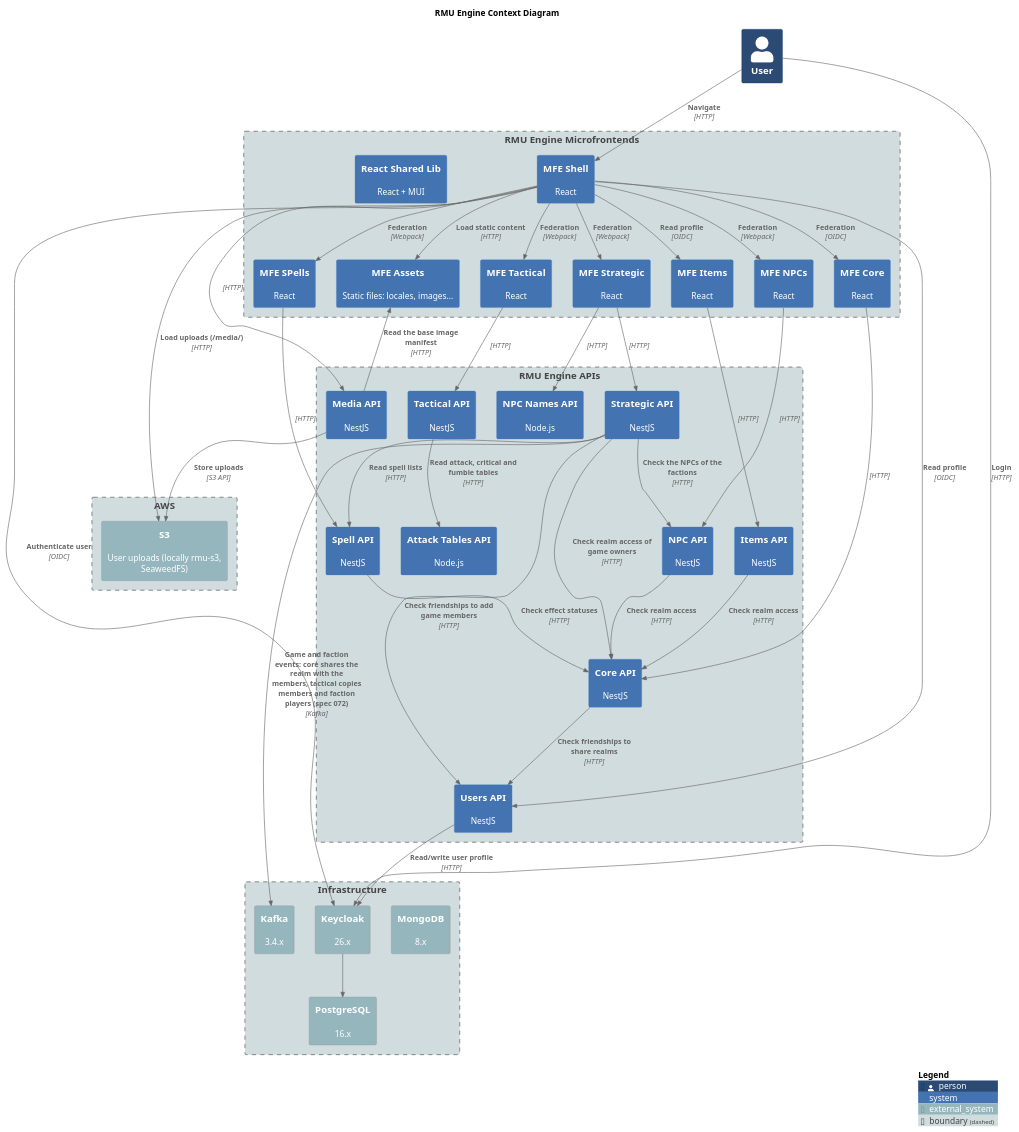
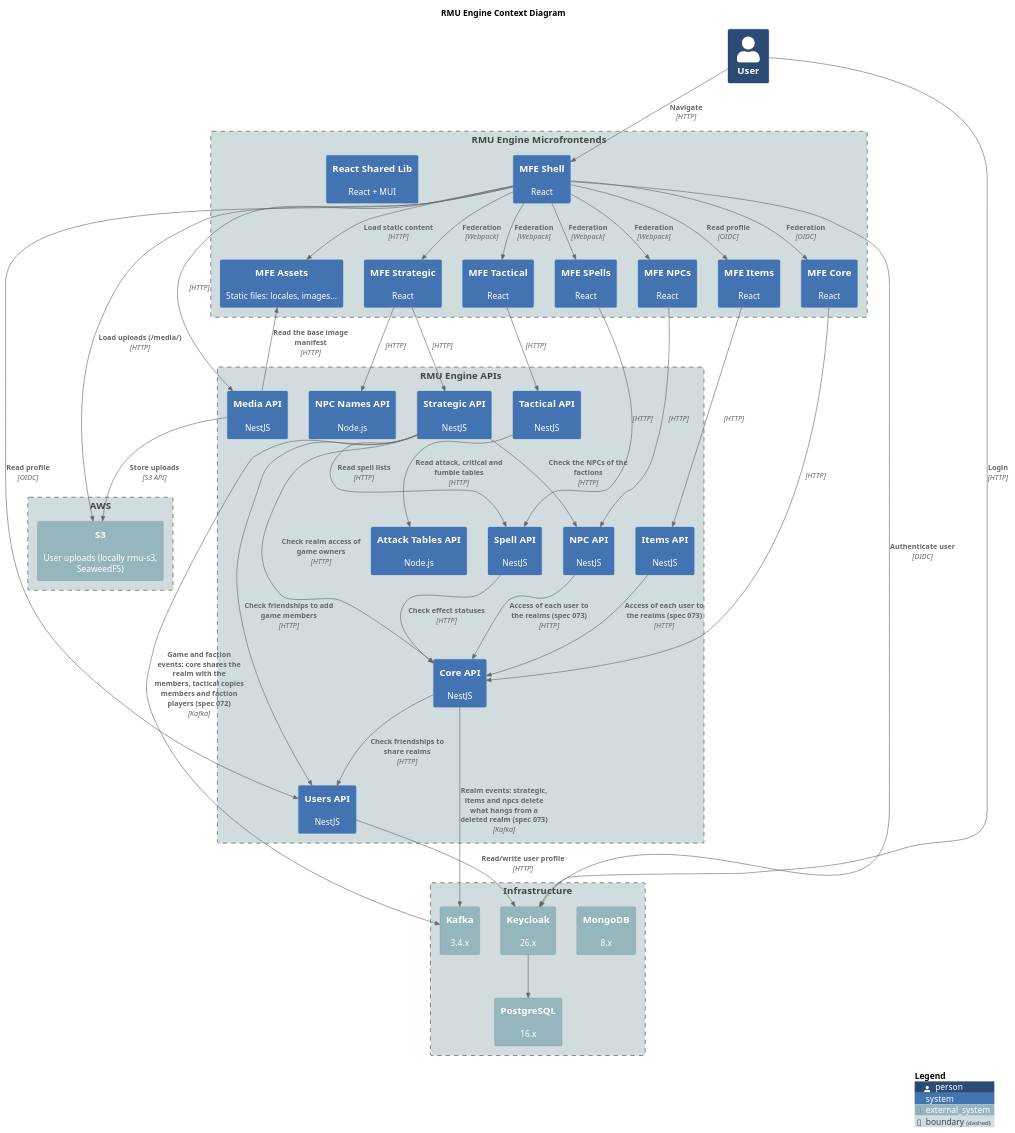
The diagram in docs/architecture/diagrams/c4-context.plantuml (labcabrera/rmu-platform), drawn with PlantUML before and after one commit.

Commit message:
docs: realm access calls and realm events in c4
Spec 073: items and npcs ask core for the access of each user to the realms and delete what
hangs from a deleted realm.

```diff
--- a/docs/architecture/diagrams/c4-context.plantuml
+++ b/docs/architecture/diagrams/c4-context.plantuml
@@ -1,102 +1,103 @@
 @startuml c4-context
 title RMU Engine Context Diagram
 
 !include https://raw.githubusercontent.com/plantuml-stdlib/C4-PlantUML/master/C4_Context.puml
 
 ' LAYOUT_LEFT_RIGHT()
 
 UpdateElementStyle(person, $bgColor="#2b4a74ff")
 UpdateElementStyle(system, $bgColor="#4373b1ff")
 UpdateElementStyle(external_system, $bgColor="#96b6beff")
 UpdateElementStyle(boundary, $bgColor="#d1dcdfff")
 
 Person(user, "User")
 
 Boundary(frontend, "RMU Engine Microfrontends") {
     System(rmu_mfe_shell, "MFE Shell", "React")
     System(rmu_mfe_core, "MFE Core", "React")
     System(rmu_mfe_strategic, "MFE Strategic", "React")
     System(rmu_mfe_tactical, "MFE Tactical", "React")
     System(rmu_mfe_items, "MFE Items", "React")
     System(rmu_mfe_npc, "MFE NPCs", "React")
     System(rmu_mfe_spells, "MFE SPells", "React")
     System(rmu_react_shared_lib, "React Shared Lib", "React + MUI")
     System(rmu_mfe_assets, "MFE Assets", "Static files: locales, images...")
 }
 
 Boundary(apis, "RMU Engine APIs") {
     System(rmu_api_users, "Users API", "NestJS")
     System(rmu_api_core, "Core API", "NestJS")
     System(rmu_api_strategic, "Strategic API", "NestJS")
     System(rmu_api_tactical, "Tactical API", "NestJS")
     System(rmu_api_npc, "NPC API", "NestJS")
     System(rmu_api_npc_names, "NPC Names API", "Node.js")
     System(rmu_api_spells, "Spell API", "NestJS")
     System(rmu_api_items, "Items API", "NestJS")
     System(rmu_api_attack_tables, "Attack Tables API", "Node.js")
     System(rmu_api_media, "Media API", "NestJS")
 }
 
 Boundary(infrastructure, "Infrastructure") {
     System_Ext(mongodb, "MongoDB", "8.x")
     System_Ext(keycloak, "Keycloak", "26.x")
     System_Ext(kafka, "Kafka", "3.4.x")
     System_Ext(postgresql, "PostgreSQL", "16.x")
 }
 
 Boundary(aws, "AWS") {
     System_Ext(s3, "S3", "User uploads (locally rmu-s3, SeaweedFS)")
 }
 
 Rel(user, rmu_mfe_shell, "Navigate", "HTTP")
 Rel(user, keycloak, "Login", "HTTP")
 
 Rel(rmu_mfe_shell, rmu_mfe_core, "Federation", "OIDC")
 Rel(rmu_mfe_shell, rmu_mfe_strategic, "Federation", "Webpack")
 Rel(rmu_mfe_shell, rmu_mfe_tactical, "Federation", "Webpack")
 Rel(rmu_mfe_shell, rmu_mfe_items, "Read profile", "OIDC")
 Rel(rmu_mfe_shell, rmu_mfe_npc, "Federation", "Webpack")
 Rel(rmu_mfe_shell, rmu_mfe_spells, "Federation", "Webpack")
 
 Rel(rmu_mfe_shell, rmu_api_users, "Read profile", "OIDC")
 Rel(rmu_mfe_shell, keycloak, "Authenticate user", "OIDC")
 Rel(rmu_mfe_shell, rmu_mfe_assets, "Load static content", "HTTP")
 Rel(rmu_mfe_shell, rmu_api_media, "", "HTTP")
 
 Rel(rmu_mfe_core, rmu_api_core, "", "HTTP")
 
 Rel(rmu_mfe_strategic, rmu_api_strategic, "", "HTTP")
 Rel(rmu_mfe_strategic, rmu_api_npc_names, "", "HTTP")
 
 Rel(rmu_mfe_tactical, rmu_api_tactical, "", "HTTP")
 
 Rel(rmu_api_users, keycloak, "Read/write user profile", "HTTP")
 
 Rel(rmu_mfe_npc, rmu_api_npc, "", "HTTP")
 
 Rel(rmu_mfe_items, rmu_api_items, "", "HTTP")
 
 Rel(rmu_mfe_spells, rmu_api_spells, "", "HTTP")
 
 Rel(rmu_api_tactical, rmu_api_attack_tables, "Read attack, critical and fumble tables", "HTTP")
 Rel(rmu_api_spells, rmu_api_core, "Check effect statuses", "HTTP")
 Rel(rmu_api_core, rmu_api_users, "Check friendships to share realms", "HTTP")
 Rel(rmu_api_strategic, rmu_api_spells, "Read spell lists", "HTTP")
 Rel(rmu_api_strategic, rmu_api_npc, "Check the NPCs of the factions", "HTTP")
 Rel(rmu_api_strategic, rmu_api_users, "Check friendships to add game members", "HTTP")
 Rel(rmu_api_strategic, rmu_api_core, "Check realm access of game owners", "HTTP")
-Rel(rmu_api_items, rmu_api_core, "Check realm access", "HTTP")
-Rel(rmu_api_npc, rmu_api_core, "Check realm access", "HTTP")
+Rel(rmu_api_items, rmu_api_core, "Access of each user to the realms (spec 073)", "HTTP")
+Rel(rmu_api_npc, rmu_api_core, "Access of each user to the realms (spec 073)", "HTTP")
 Rel(rmu_api_strategic, kafka, "Game and faction events: core shares the realm with the members, tactical copies members and faction players (spec 072)", "Kafka")
+Rel(rmu_api_core, kafka, "Realm events: strategic, items and npcs delete what hangs from a deleted realm (spec 073)", "Kafka")
 
 ' Attack API: no longer called by tactical since the combat plugin refactor (workspace spec 003).
 
 Rel(keycloak, postgresql, "", "")
 
 Rel(rmu_api_media, s3, "Store uploads", "S3 API")
 Rel(rmu_api_media, rmu_mfe_assets, "Read the base image manifest", "HTTP")
 Rel(rmu_mfe_shell, s3, "Load uploads (/media/)", "HTTP")
 
 SHOW_LEGEND()
 
 @enduml
```
